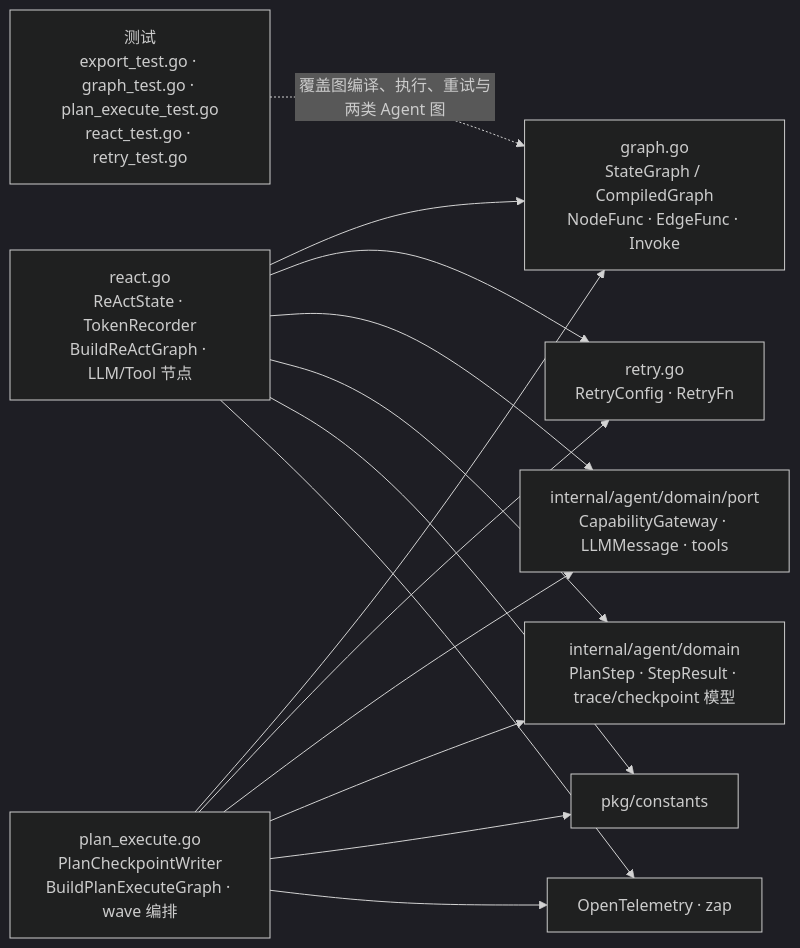
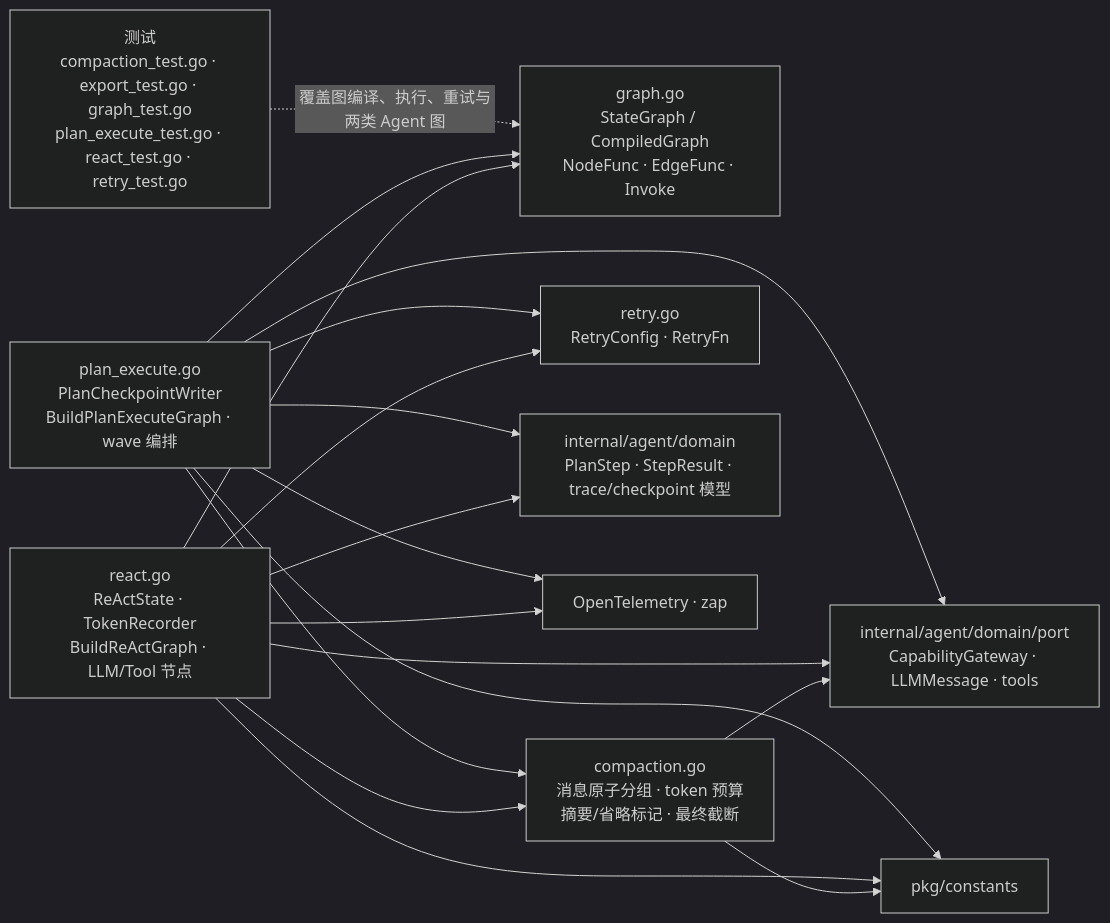
One commit to ArchChuan/Stratum changed the diagram in docs/go-package-architecture/internal-agent-application-graph.md. Above: the diagram before and after it, drawn with Mermaid (dark theme). The commit also changed other lines of this file and 26 other files, not shown here.

````diff
--- a/docs/go-package-architecture/internal-agent-application-graph.md
+++ b/docs/go-package-architecture/internal-agent-application-graph.md
@@ -7,25 +7,30 @@
 ```mermaid
 flowchart LR
   core["graph.go<br/>StateGraph / CompiledGraph<br/>NodeFunc · EdgeFunc · Invoke"]
   react["react.go<br/>ReActState · TokenRecorder<br/>BuildReActGraph · LLM/Tool 节点"]
   plan["plan_execute.go<br/>PlanCheckpointWriter<br/>BuildPlanExecuteGraph · wave 编排"]
+  compact["compaction.go<br/>消息原子分组 · token 预算<br/>摘要/省略标记 · 最终截断"]
   retry["retry.go<br/>RetryConfig · RetryFn"]
   domain["internal/agent/domain<br/>PlanStep · StepResult · trace/checkpoint 模型"]
   ports["internal/agent/domain/port<br/>CapabilityGateway · LLMMessage · tools"]
   constants["pkg/constants"]
   ext["OpenTelemetry · zap"]
-  tests["测试<br/>export_test.go · graph_test.go · plan_execute_test.go<br/>react_test.go · retry_test.go"]
+  tests["测试<br/>compaction_test.go · export_test.go · graph_test.go<br/>plan_execute_test.go · react_test.go · retry_test.go"]
   react --> core
   plan --> core
   react --> retry
   plan --> retry
+  react --> compact
+  plan --> compact
+  compact --> ports
+  compact --> constants
   react --> ports
   plan --> ports
   react --> domain
   plan --> domain
   react --> constants
   plan --> constants
   react --> ext
   plan --> ext
   tests -.覆盖图编译、执行、重试与两类 Agent 图.-> core
 ```
````
